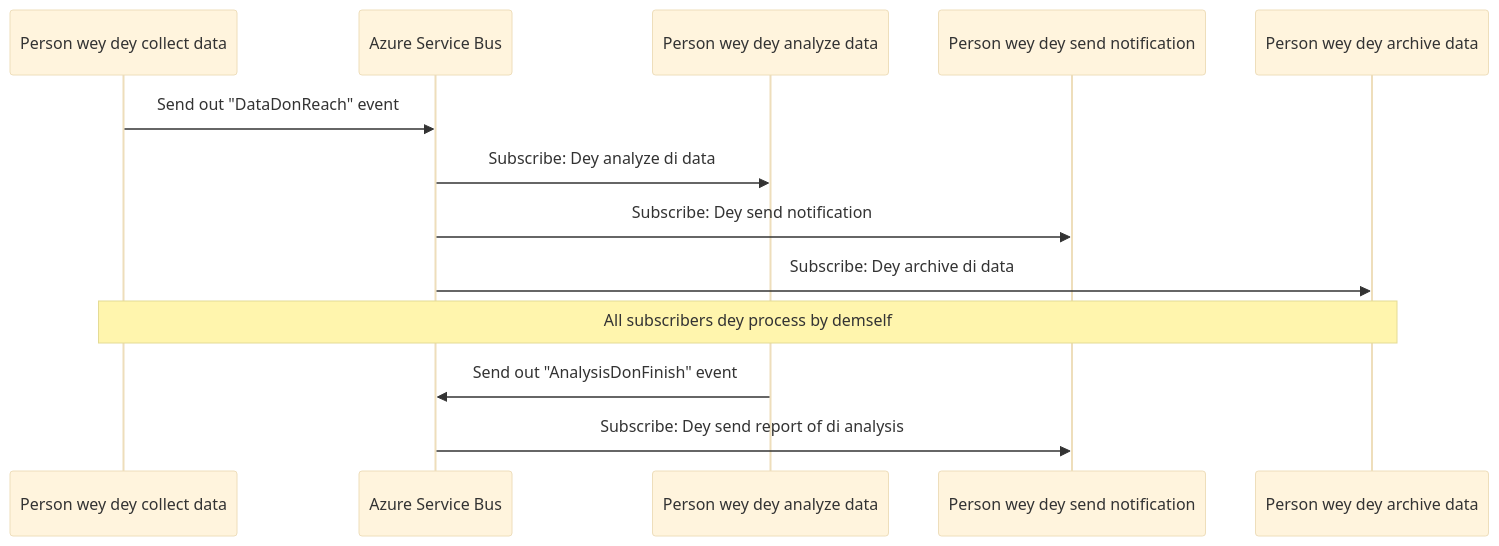
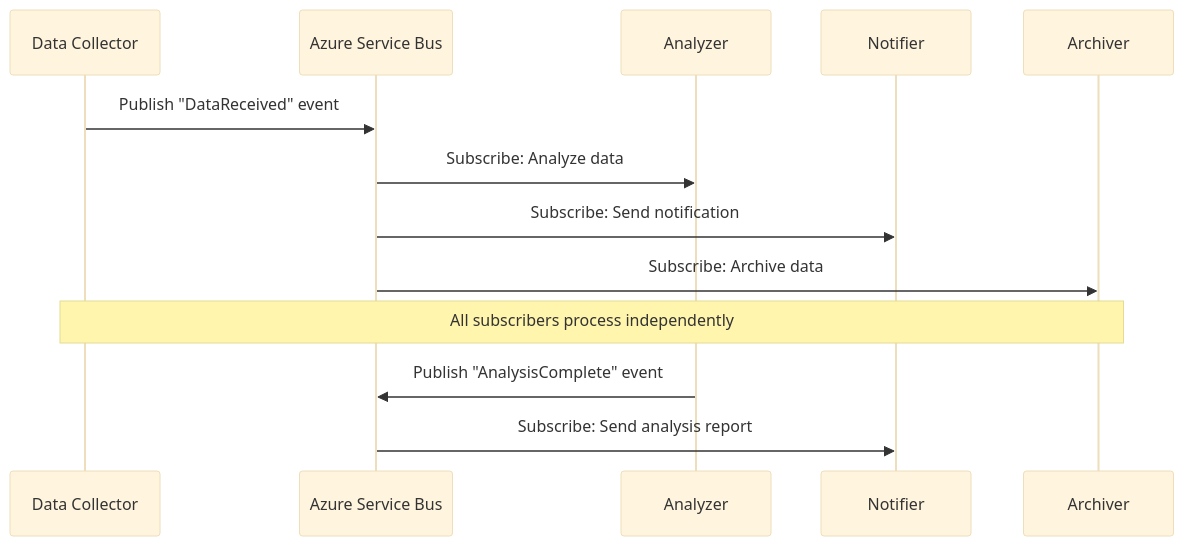
The fifth of 7 diagrams in translations/pcm/docs/chapter-06-pre-deployment/coordination-patterns.md (microsoft/AZD-for-beginners), drawn with Mermaid (base theme) before and after one commit. The commit also changed other lines of this file and 135 other files, not shown here.

````diff
--- a/translations/pcm/docs/chapter-06-pre-deployment/coordination-patterns.md
+++ b/translations/pcm/docs/chapter-06-pre-deployment/coordination-patterns.md
@@ -185,18 +189,18 @@
 ```mermaid
 sequenceDiagram
-    participant Agent1 as Person wey dey collect data
+    participant Agent1 as Data Collector
     participant EventBus as Azure Service Bus
-    participant Agent2 as Person wey dey analyze data
-    participant Agent3 as Person wey dey send notification
-    participant Agent4 as Person wey dey archive data
+    participant Agent2 as Analyzer
+    participant Agent3 as Notifier
+    participant Agent4 as Archiver
     
-    Agent1->>EventBus: Send out "DataDonReach" event
-    EventBus->>Agent2: Subscribe: Dey analyze di data
-    EventBus->>Agent3: Subscribe: Dey send notification
-    EventBus->>Agent4: Subscribe: Dey archive di data
+    Agent1->>EventBus: Publish "DataReceived" event
+    EventBus->>Agent2: Subscribe: Analyze data
+    EventBus->>Agent3: Subscribe: Send notification
+    EventBus->>Agent4: Subscribe: Archive data
     
-    Note over Agent1,Agent4: All subscribers dey process by demself
+    Note over Agent1,Agent4: All subscribers process independently
     
-    Agent2->>EventBus: Send out "AnalysisDonFinish" event
-    EventBus->>Agent3: Subscribe: Dey send report of di analysis
+    Agent2->>EventBus: Publish "AnalysisComplete" event
+    EventBus->>Agent3: Subscribe: Send analysis report
 ```
````
